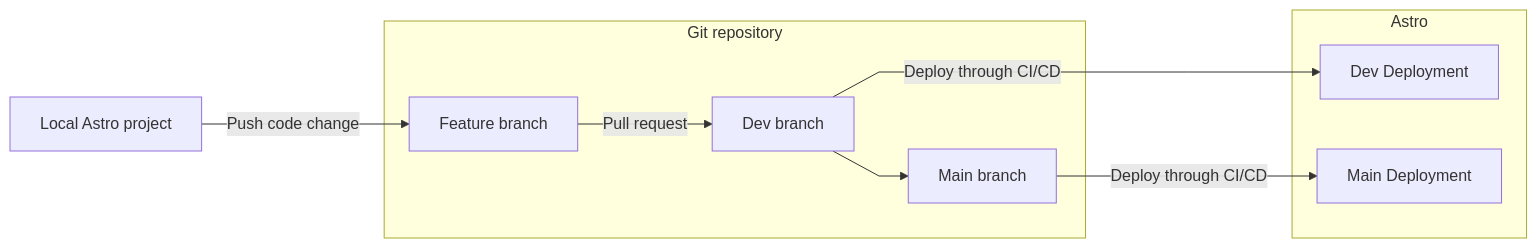
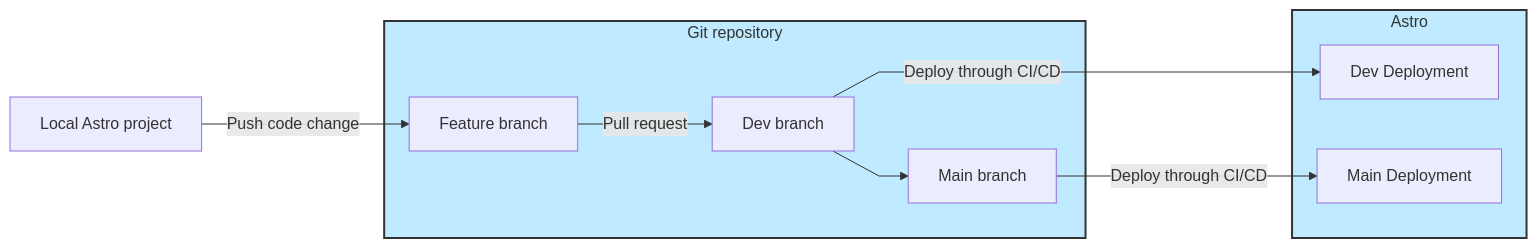
One commit to astronomer/docs changed the second of 4 diagrams in astro/set-up-ci-cd.md. Above: the diagram before and after it, drawn with Mermaid. The commit also changed other lines of this file and 8 other files, not shown here.

Commit message:
Add mermaid:

````diff
--- a/astro/set-up-ci-cd.md
+++ b/astro/set-up-ci-cd.md
@@ -85,17 +86,19 @@
 ```mermaid
 %%{ init: { 'flowchart': { 'curve': 'linear' } } }%%
 flowchart LR;
 classDef subgraph_padding fill:none,stroke:none
 classDef astro fill:#dbcdf6,stroke:#333,stroke-width:2px;
 id1[Local Astro project]-->|Push code change|id2[Feature branch]
-subgraph Git repository
+subgraph Git ["Git repository"]
 id2-->|Pull request| id3[Dev branch]
 id3 --> id5[Main branch]
 end
 id3-->|Deploy through CI/CD| id4[Dev Deployment]
 id5-->|Deploy through CI/CD| id6[Main Deployment]
-subgraph Astro
+subgraph Astro [Astro]
 id4
 id6
 end
+style Astro fill:#bfeaff,stroke:#333,stroke-width:2px
+style Git fill:#bfeaff,stroke:#333,stroke-width:2px
 ```
````
